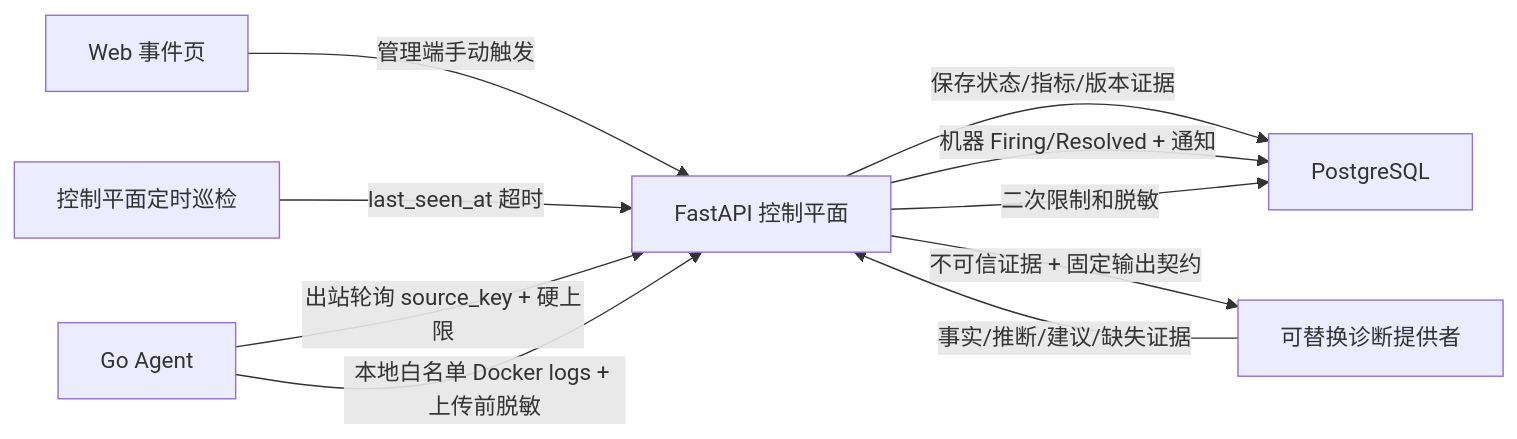
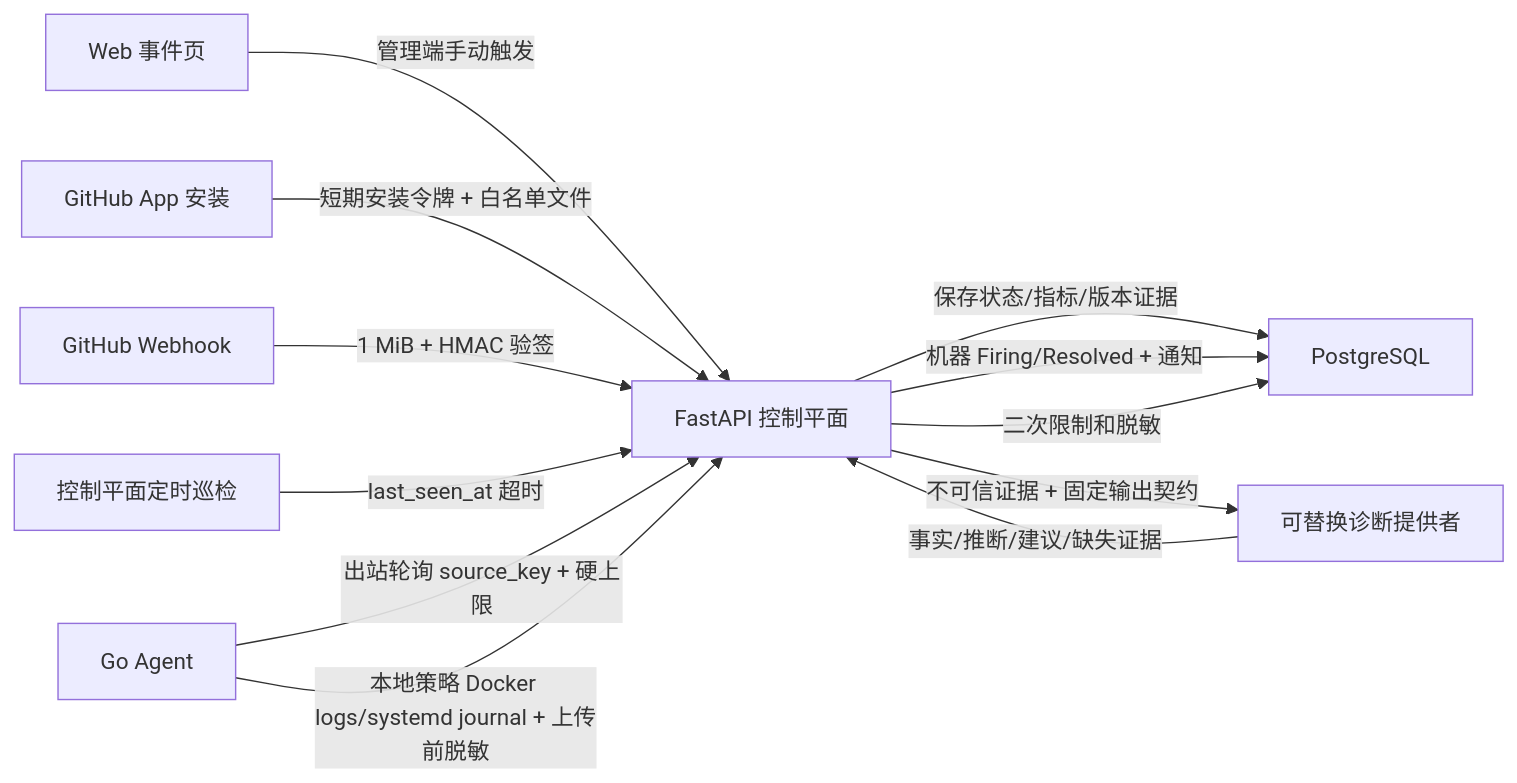
Before and after one commit to ymasout/VPS-Agent: the second of 3 diagrams in docs/ARCHITECTURE.md, drawn with Mermaid. The commit also changed other lines of this file and 41 other files, not shown here.

First line of the commit message:
Implement GitHub App read-only sync and systemd journal evidence

````diff
--- a/docs/ARCHITECTURE.md
+++ b/docs/ARCHITECTURE.md
@@ -121,12 +121,14 @@
 ```mermaid
 flowchart LR
   W["Web 事件页"] -->|"管理端手动触发"| C["FastAPI 控制平面"]
   C -->|"保存状态/指标/版本证据"| P["PostgreSQL"]
+  G["GitHub App 安装"] -->|"短期安装令牌 + 白名单文件"| C
+  H["GitHub Webhook"] -->|"1 MiB + HMAC 验签"| C
   T["控制平面定时巡检"] -->|"last_seen_at 超时"| C
   C -->|"机器 Firing/Resolved + 通知"| P
   A["Go Agent"] -->|"出站轮询 source_key + 硬上限"| C
-  A -->|"本地白名单 Docker logs + 上传前脱敏"| C
+  A -->|"本地策略 Docker logs/systemd journal + 上传前脱敏"| C
   C -->|"二次限制和脱敏"| P
   C -->|"不可信证据 + 固定输出契约"| D["可替换诊断提供者"]
   D -->|"事实/推断/建议/缺失证据"| C
 ```
````
